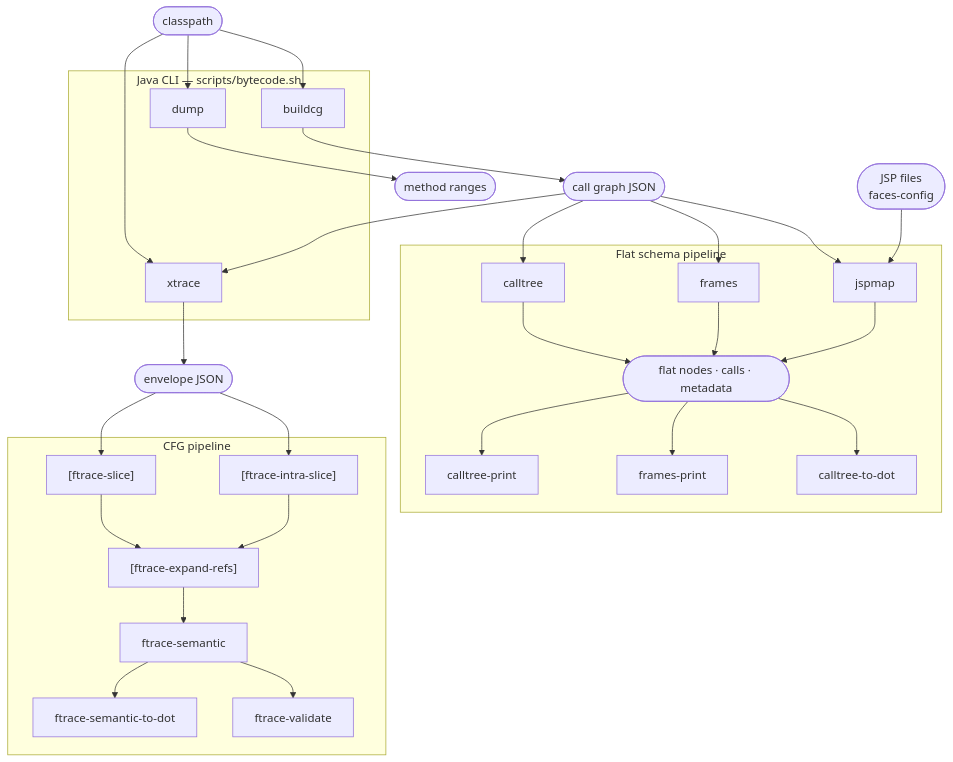
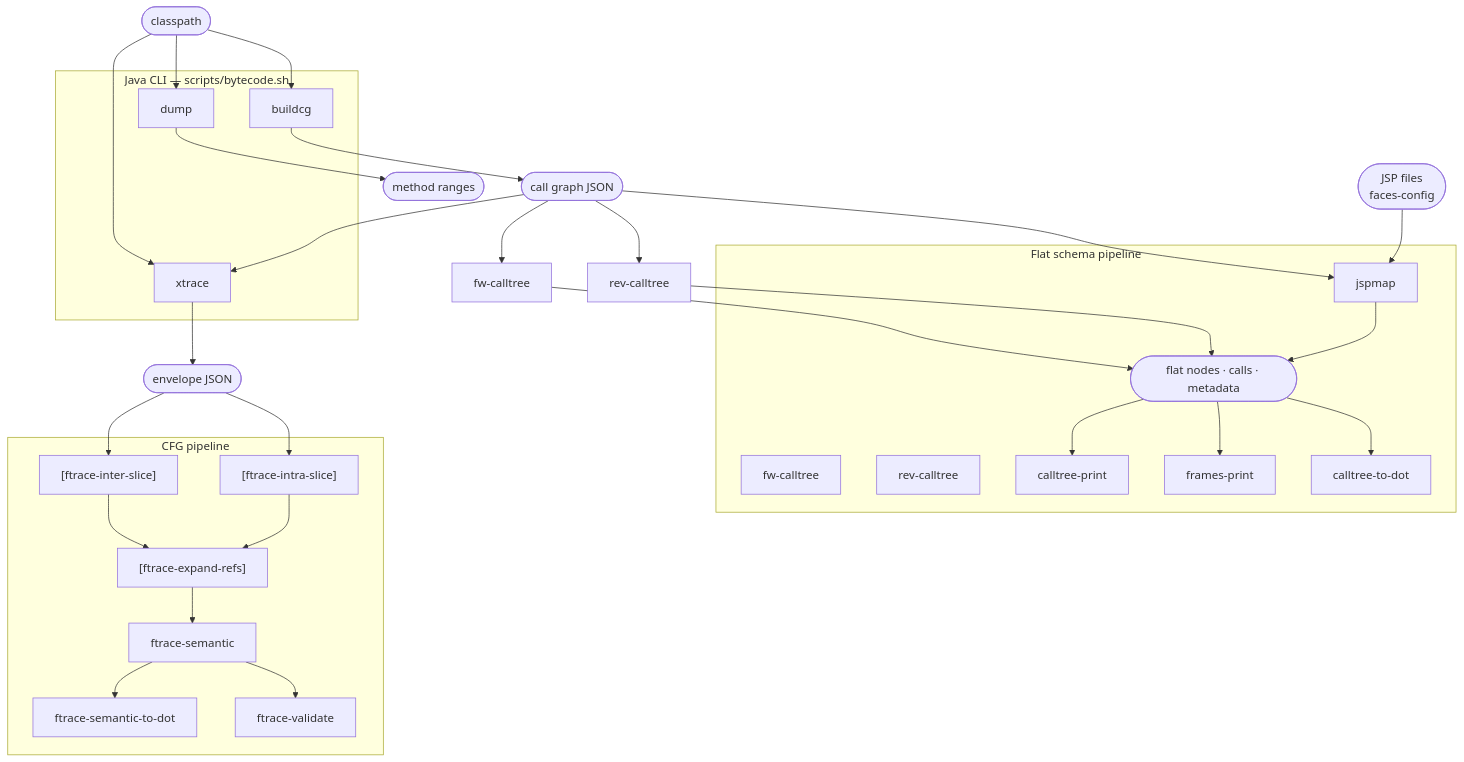
The diagram in README.md (avishek-sen-gupta/java-bytecode-tools), drawn with Mermaid before and after one commit. The commit also changed other lines of this file and 16 other files, not shown here.

First line of the commit message:
refactor: rename ftrace-slice→ftrace-inter-slice, frames→rev-calltree, calltree→fw-calltree

````diff
--- a/README.md
+++ b/README.md
@@ -43,45 +43,45 @@
 ```mermaid
 flowchart TD
     classpath([classpath])
     jsps([JSP files\nfaces-config])
 
     subgraph java ["Java CLI — scripts/bytecode.sh"]
         dump[dump]
         buildcg[buildcg]
         xtrace[xtrace]
     end
 
     subgraph py_flat ["Flat schema pipeline"]
-        calltree[calltree]
-        frames[frames]
+        calltree[fw-calltree]
+        frames[rev-calltree]
         jspmap[jspmap]
         flat([flat nodes · calls · metadata])
         cp[calltree-print]
         fp[frames-print]
         ctd[calltree-to-dot]
     end
 
     subgraph py_cfg ["CFG pipeline"]
-        fslice["[ftrace-slice]"]
+        fslice["[ftrace-inter-slice]"]
         fisl["[ftrace-intra-slice]"]
         fexpand["[ftrace-expand-refs]"]
         fsem[ftrace-semantic]
         fsdot[ftrace-semantic-to-dot]
         fval[ftrace-validate]
     end
 
     classpath --> dump & buildcg & xtrace
     dump --> mrange([method ranges])
     buildcg --> cg([call graph JSON])
-    cg --> xtrace & calltree & frames & jspmap
+    cg --> xtrace & fw-calltree & rev-calltree & jspmap
     jsps --> jspmap
 
-    calltree & frames & jspmap --> flat
+    fw-calltree & rev-calltree & jspmap --> flat
     flat --> cp & fp & ctd
 
     xtrace --> env([envelope JSON])
     env --> fslice & fisl
     fslice & fisl --> fexpand
     fexpand --> fsem
     fsem --> fsdot & fval
 ```
````
